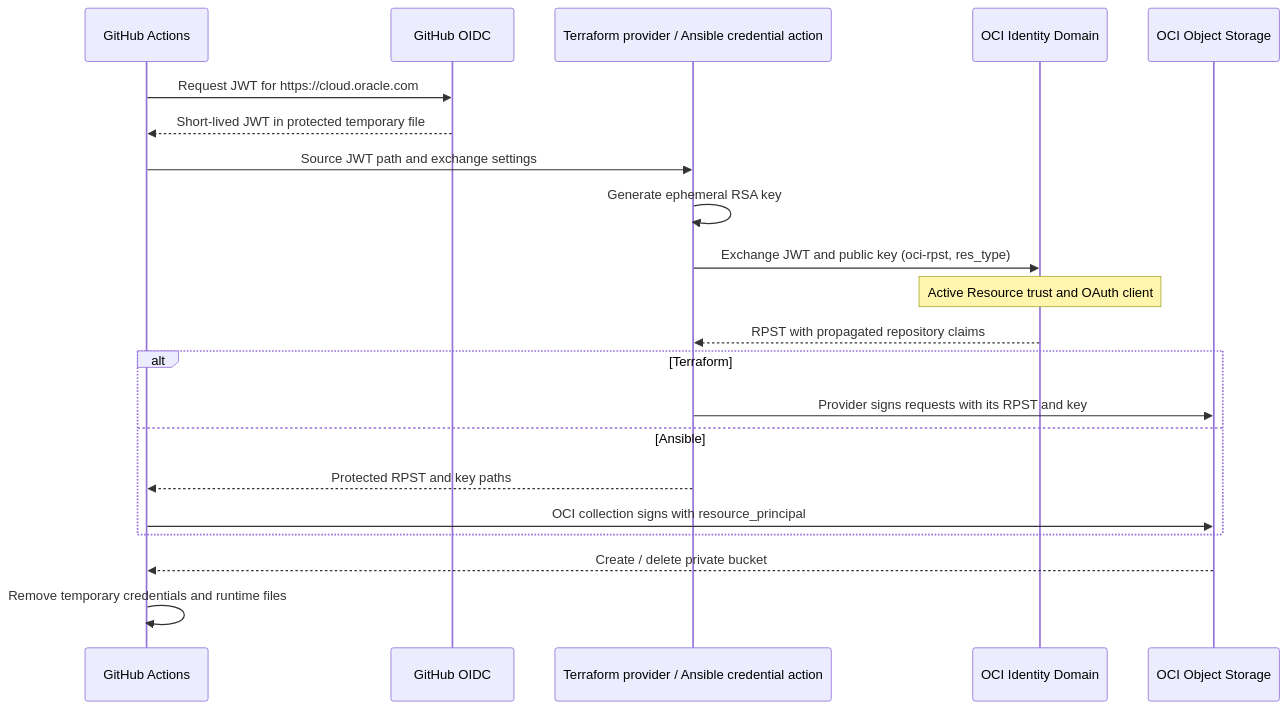
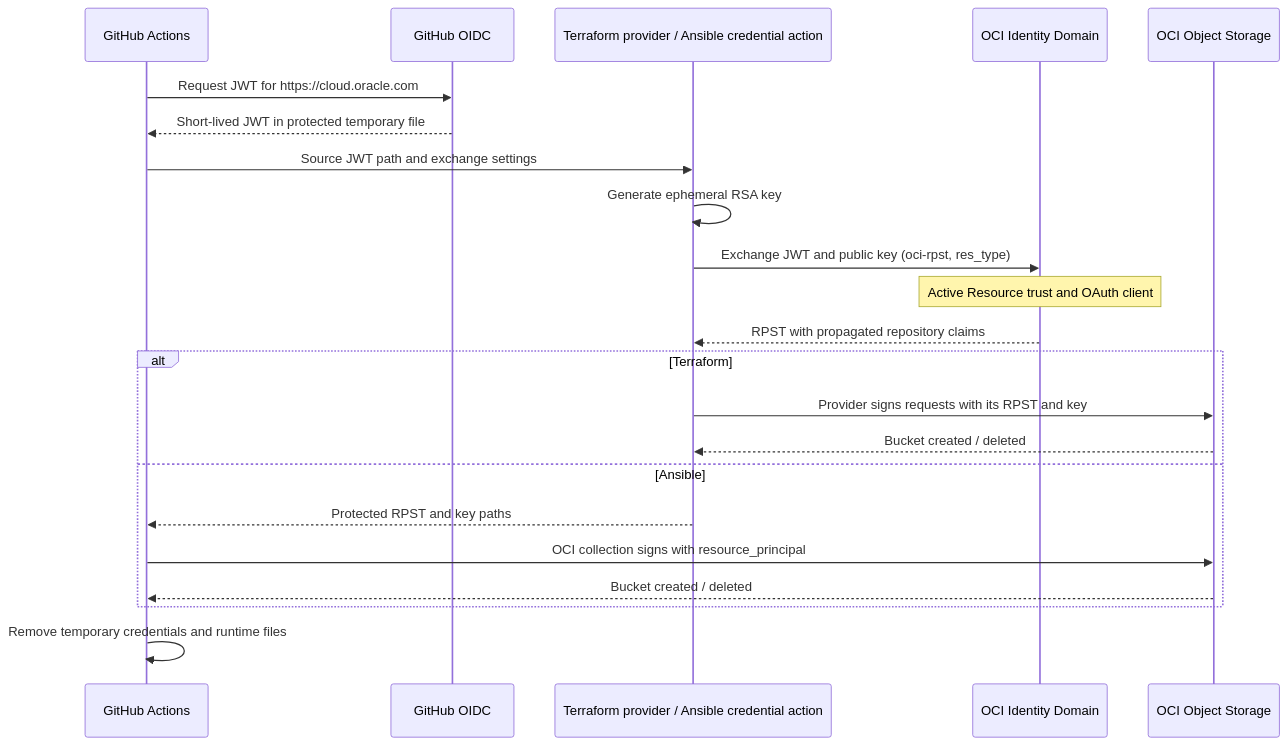
The diagram in README.md (dgutierrezcolodra/oci-terraform-github-actions-wif-example), drawn with Mermaid before and after one commit. The commit also changed other lines of this file and 8 other files, not shown here.

````diff
--- a/README.md
+++ b/README.md
@@ -23,24 +23,25 @@
 ```mermaid
 sequenceDiagram
     participant Job as GitHub Actions
     participant GitHub as GitHub OIDC
     participant Runtime as Terraform provider / Ansible credential action
     participant Domain as OCI Identity Domain
     participant OCI as OCI Object Storage
 
     Job->>GitHub: Request JWT for https://cloud.oracle.com
     GitHub-->>Job: Short-lived JWT in protected temporary file
     Job->>Runtime: Source JWT path and exchange settings
     Runtime->>Runtime: Generate ephemeral RSA key
     Runtime->>Domain: Exchange JWT and public key (oci-rpst, res_type)
     Note over Domain: Active Resource trust and OAuth client
     Domain-->>Runtime: RPST with propagated repository claims
     alt Terraform
         Runtime->>OCI: Provider signs requests with its RPST and key
+        OCI-->>Runtime: Bucket created / deleted
     else Ansible
         Runtime-->>Job: Protected RPST and key paths
         Job->>OCI: OCI collection signs with resource_principal
+        OCI-->>Job: Bucket created / deleted
     end
-    OCI-->>Job: Create / delete private bucket
     Job->>Job: Remove temporary credentials and runtime files
 ```
````
